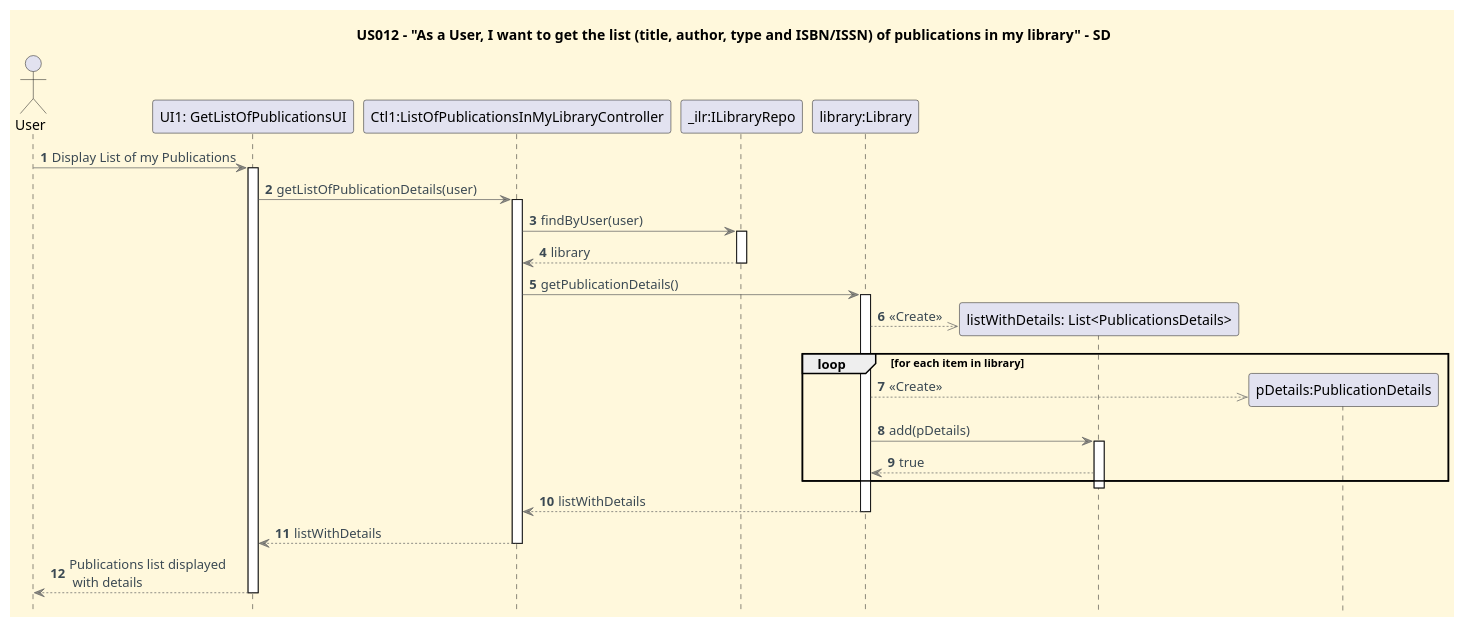
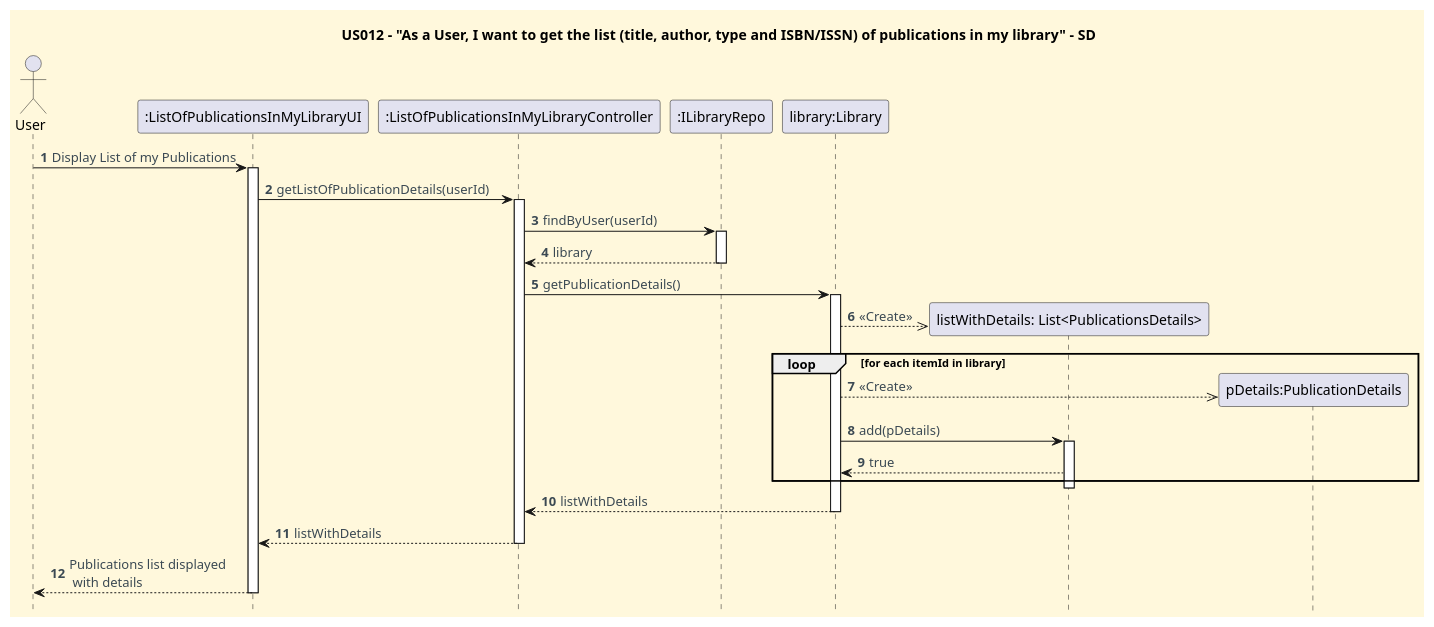
One commit to CarolinaLeite-collab/JavaMarketplacePlatform changed the diagram in docs/user-stories/US012/US012_get_list_of_publications_in_my_library_SD.puml. Above: the diagram before and after it, drawn with PlantUML. The commit also changed 4 other files, not shown here.

```diff
--- a/docs/user-stories/US012/US012_get_list_of_publications_in_my_library_SD.puml
+++ b/docs/user-stories/US012/US012_get_list_of_publications_in_my_library_SD.puml
@@ -1,83 +1,82 @@
 @startuml
 '==== basic style ====
 
 'hides unwanted text
 hide stereotype
 
 skinparam monochrome false
-
 skinparam shadowing false
 skinparam defaultFontName Futura
 skinparam objectFontSize 20
 skinparam backgroundColor CornSilk
 skinparam objectBackgroundColor WhiteSmoke
 skinparam noteBackgroundColor #FFFFE0
 skinparam ArrowFontColor #3B4953
-skinparam ArrowColor #57595BAA
+skinparam ActivationBackgroundColor black
 hidefootbox
 
 'undefined objects
 skinparam object {
   BackgroundColor<<highlight>> 91C6BCAA
   BorderColor<<highlight>> 4B9DA9AA
   FontColor<<highlight>> 547792AA
 }
 skinparam shadowing<<highlight>> false
 
 autonumber
 
 title US012 - "As a User, I want to get the list (title, author, type and ISBN/ISSN) of publications in my library" - SD
 
 
 ' --- Actor and participants ---'
 
 actor User
-participant "UI1: GetListOfPublicationsUI" as UI
-participant "Ctl1:ListOfPublicationsInMyLibraryController" as Ctl
-participant "_ilr:ILibraryRepo" as LibRepo
+participant ":ListOfPublicationsInMyLibraryUI" as UI
+participant ":ListOfPublicationsInMyLibraryController" as Ctl
+participant ":ILibraryRepo" as LibRepo
 participant "library:Library" as Lib
 
 
 
 User -> UI: Display List of my Publications
 activate UI
 
-UI -> Ctl: getListOfPublicationDetails(user)
+UI -> Ctl: getListOfPublicationDetails(userId)
 activate Ctl
 
-Ctl -> LibRepo: findByUser(user)
+Ctl -> LibRepo: findByUser(userId)
 activate LibRepo
 LibRepo --> Ctl: library
 deactivate LibRepo
 
 Ctl -> Lib: getPublicationDetails()
 
 create "listWithDetails: List<PublicationsDetails>" as listOfPubs
 activate Lib
 Lib -->> listOfPubs: <<Create>>
 
 
 
-loop for each item in library
+loop for each itemId in library
 
 create "pDetails:PublicationDetails" as list
     Lib -->> list: <<Create>>
 
     Lib -> listOfPubs: add(pDetails)
 activate listOfPubs
 listOfPubs --> Lib :true
 end
 
 deactivate listOfPubs
 Lib --> Ctl: listWithDetails
 deactivate Lib
 
 Ctl --> UI: listWithDetails
 deactivate Ctl
 
 UI --> User: Publications list displayed\n with details
 deactivate UI
 
 
 
 @enduml
```
